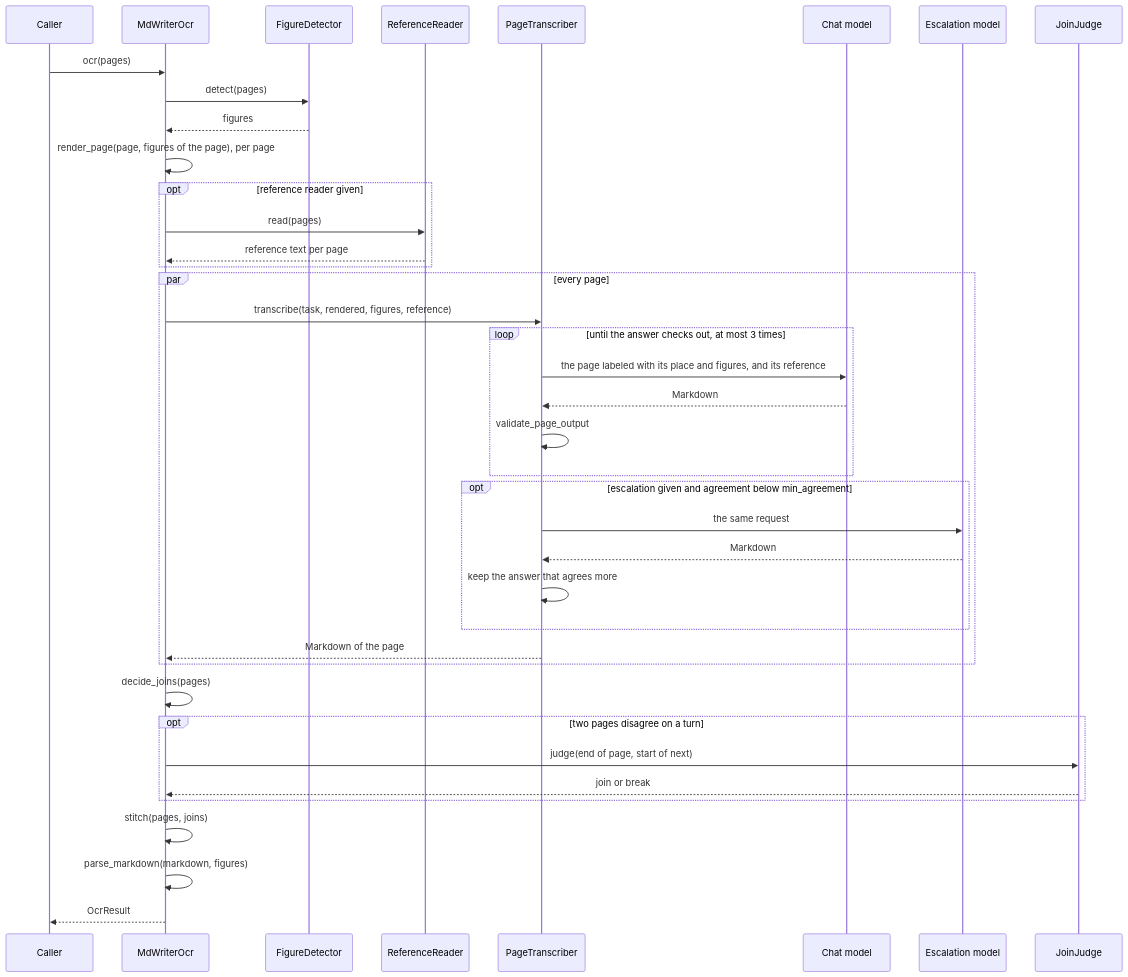
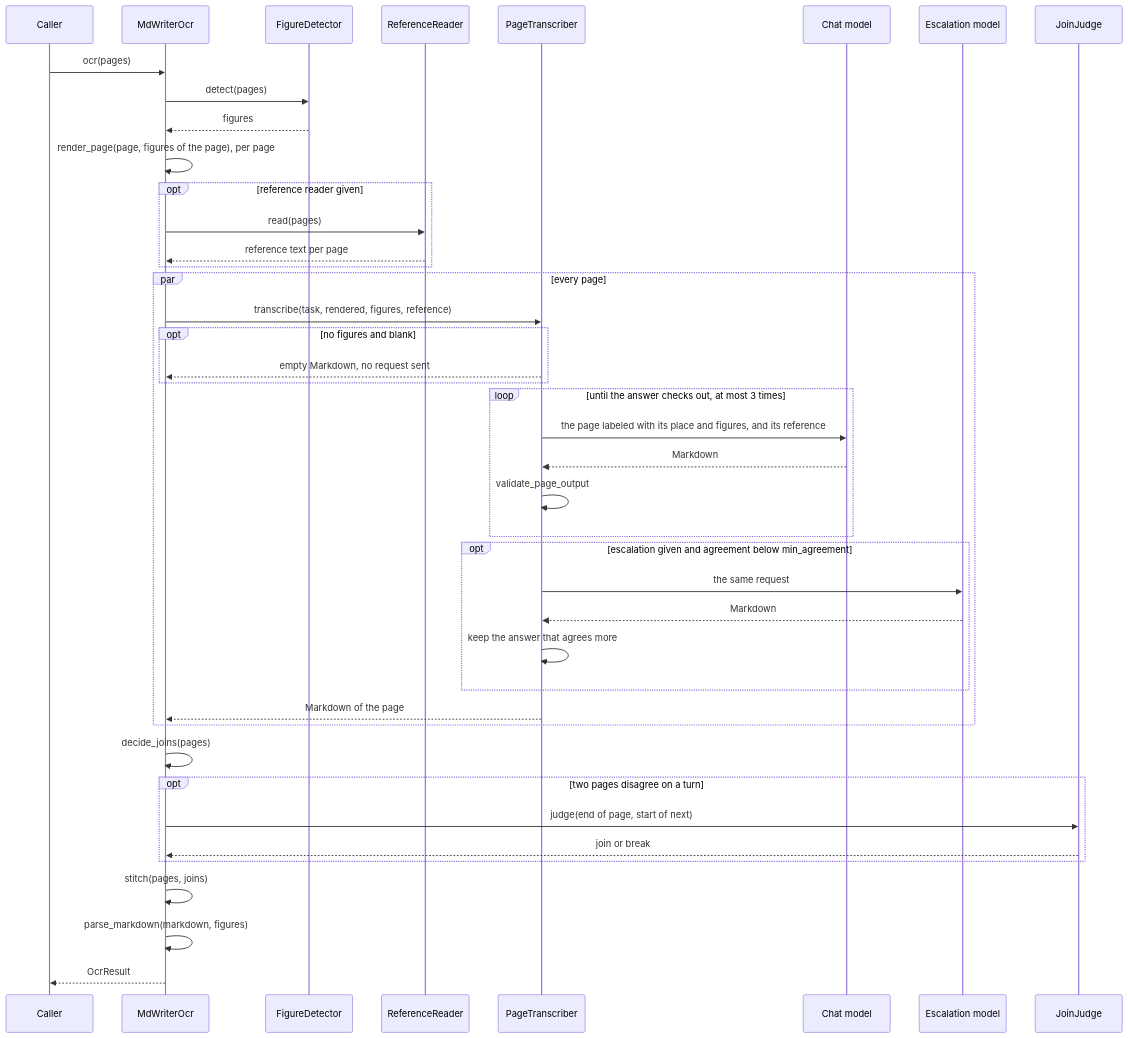
Before and after one commit to konbraphat51/SuperSuat: the third of 3 diagrams in Uploader/OcrModule/MdWriter/Docs/MdWriterOcr.md, drawn with Mermaid. The commit also changed other lines of this file and 3 other files, not shown here.

Commit message:
docs: describe how MdWriter writes a blank page as empty

````diff
--- a/Uploader/OcrModule/MdWriter/Docs/MdWriterOcr.md
+++ b/Uploader/OcrModule/MdWriter/Docs/MdWriterOcr.md
@@ -218,41 +241,44 @@
 ```mermaid
 sequenceDiagram
     participant Caller
     participant L as MdWriterOcr
     participant D as FigureDetector
     participant X as ReferenceReader
     participant T as PageTranscriber
     participant M as Chat model
     participant E as Escalation model
     participant J as JoinJudge
     Caller->>L: ocr(pages)
     L->>D: detect(pages)
     D-->>L: figures
     L->>L: render_page(page, figures of the page), per page
     opt reference reader given
         L->>X: read(pages)
         X-->>L: reference text per page
     end
     par every page
         L->>T: transcribe(task, rendered, figures, reference)
+        opt no figures and blank
+            T-->>L: empty Markdown, no request sent
+        end
         loop until the answer checks out, at most 3 times
             T->>M: the page labeled with its place and figures, and its reference
             M-->>T: Markdown
             T->>T: validate_page_output
         end
         opt escalation given and agreement below min_agreement
             T->>E: the same request
             E-->>T: Markdown
             T->>T: keep the answer that agrees more
         end
         T-->>L: Markdown of the page
     end
     L->>L: decide_joins(pages)
     opt two pages disagree on a turn
         L->>J: judge(end of page, start of next)
         J-->>L: join or break
     end
     L->>L: stitch(pages, joins)
     L->>L: parse_markdown(markdown, figures)
     L-->>Caller: OcrResult
 ```
````
